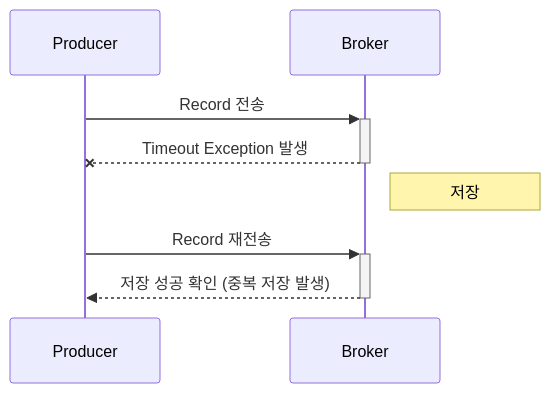
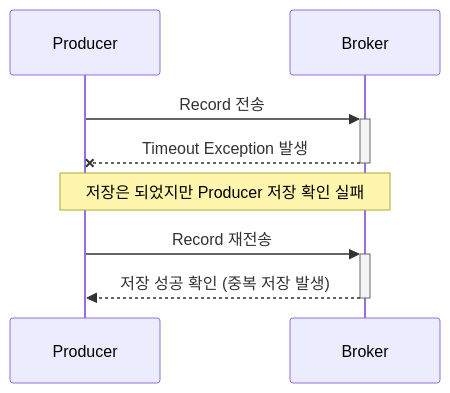
The second of 2 diagrams in _posts/2023-07-17-Kafka 프로듀서(producer)(3).md (KwakTaeMin/KwakTaeMin.github.io), drawn with Mermaid before and after one commit.

Commit message:
카프카 프로듀서 포스팅

```diff
--- a/_posts/2023-07-17-Kafka 프로듀서(producer)(3).md
+++ b/_posts/2023-07-17-Kafka 프로듀서(producer)(3).md
@@ -77,8 +77,8 @@
 <div class="mermaid"> 
 sequenceDiagram
   Producer->>+Broker: Record 전송
   Broker--x-Producer: Timeout Exception 발생
-  Note right of Broker: 저장 
+  Note over Producer,Broker: 저장은 되었지만 Producer 저장 확인 실패
   Producer->>+Broker: Record 재전송
   Broker-->>-Producer: 저장 성공 확인 (중복 저장 발생)
 </div> 
```
